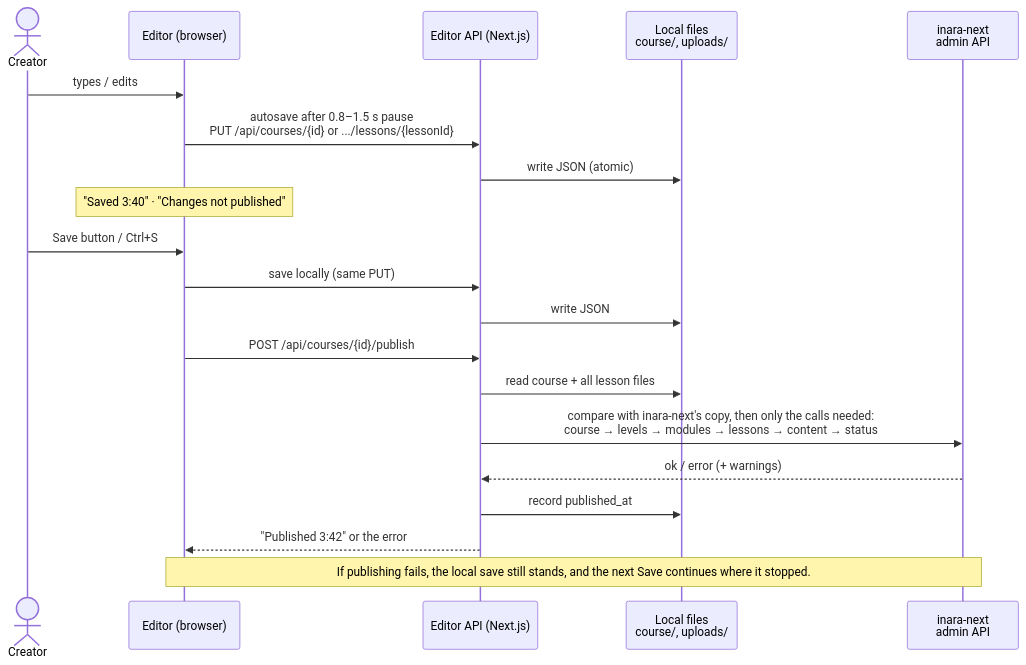
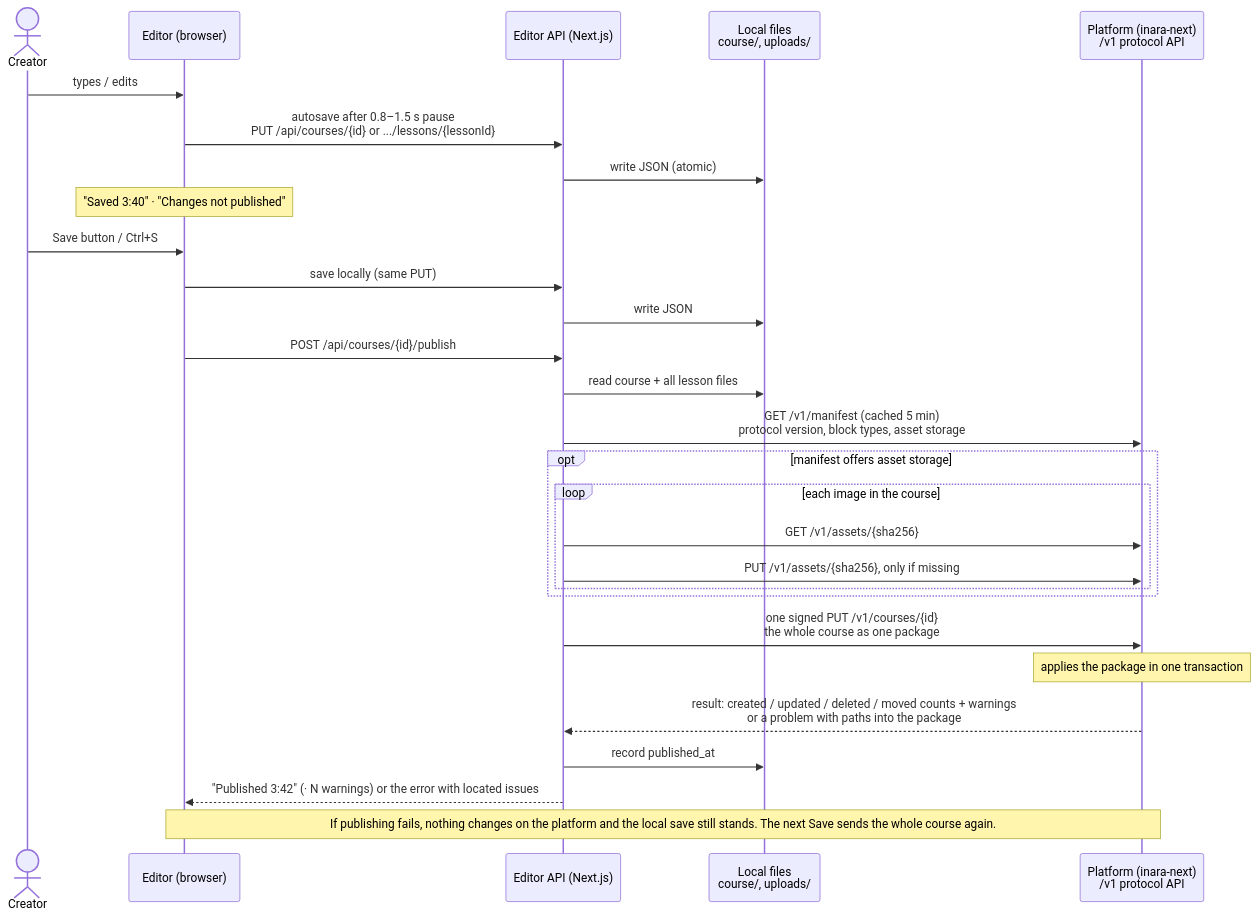
The third of 3 diagrams in docs/HANDOVER.md (HafsaJavedPak/inarax-course-editor), drawn with Mermaid before and after one commit. The commit also changed other lines of this file and 54 other files, not shown here.

First line of the commit message:
Publish through the Course Publishing Protocol instead of inara-next's admin API

````diff
--- a/docs/HANDOVER.md
+++ b/docs/HANDOVER.md
@@ -133,24 +138,32 @@
 ```mermaid
 sequenceDiagram
     actor U as Creator
     participant UI as Editor (browser)
     participant API as Editor API (Next.js)
     participant FS as Local files<br/>course/, uploads/
-    participant DB as inara-next<br/>admin API
+    participant DB as Platform (inara-next)<br/>/v1 protocol API
 
     U->>UI: types / edits
     UI->>API: autosave after 0.8–1.5 s pause<br/>PUT /api/courses/{id} or .../lessons/{lessonId}
     API->>FS: write JSON (atomic)
     Note over UI: "Saved 3:40" · "Changes not published"
 
     U->>UI: Save button / Ctrl+S
     UI->>API: save locally (same PUT)
     API->>FS: write JSON
     UI->>API: POST /api/courses/{id}/publish
     API->>FS: read course + all lesson files
-    API->>DB: compare with inara-next's copy, then only the calls needed:<br/>course → levels → modules → lessons → content → status
-    DB-->>API: ok / error (+ warnings)
+    API->>DB: GET /v1/manifest (cached 5 min)<br/>protocol version, block types, asset storage
+    opt manifest offers asset storage
+        loop each image in the course
+            API->>DB: GET /v1/assets/{sha256}
+            API->>DB: PUT /v1/assets/{sha256}, only if missing
+        end
+    end
+    API->>DB: one signed PUT /v1/courses/{id}<br/>the whole course as one package
+    Note over DB: applies the package in one transaction
+    DB-->>API: result: created / updated / deleted / moved counts + warnings<br/>or a problem with paths into the package
     API->>FS: record published_at
-    API-->>UI: "Published 3:42" or the error
-    Note over UI,DB: If publishing fails, the local save still stands, and the next Save continues where it stopped.
+    API-->>UI: "Published 3:42" (· N warnings) or the error with located issues
+    Note over UI,DB: If publishing fails, nothing changes on the platform and the local save still stands. The next Save sends the whole course again.
 ```
````
